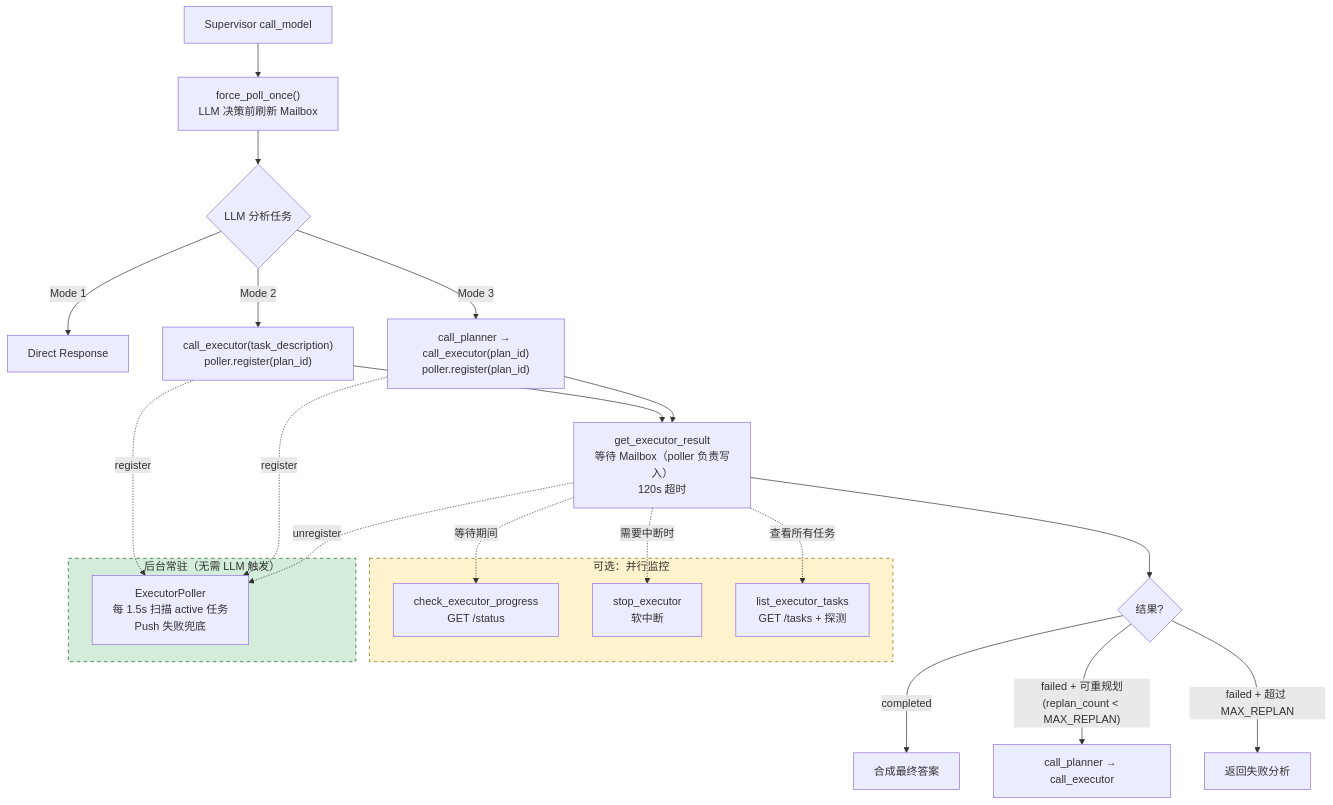
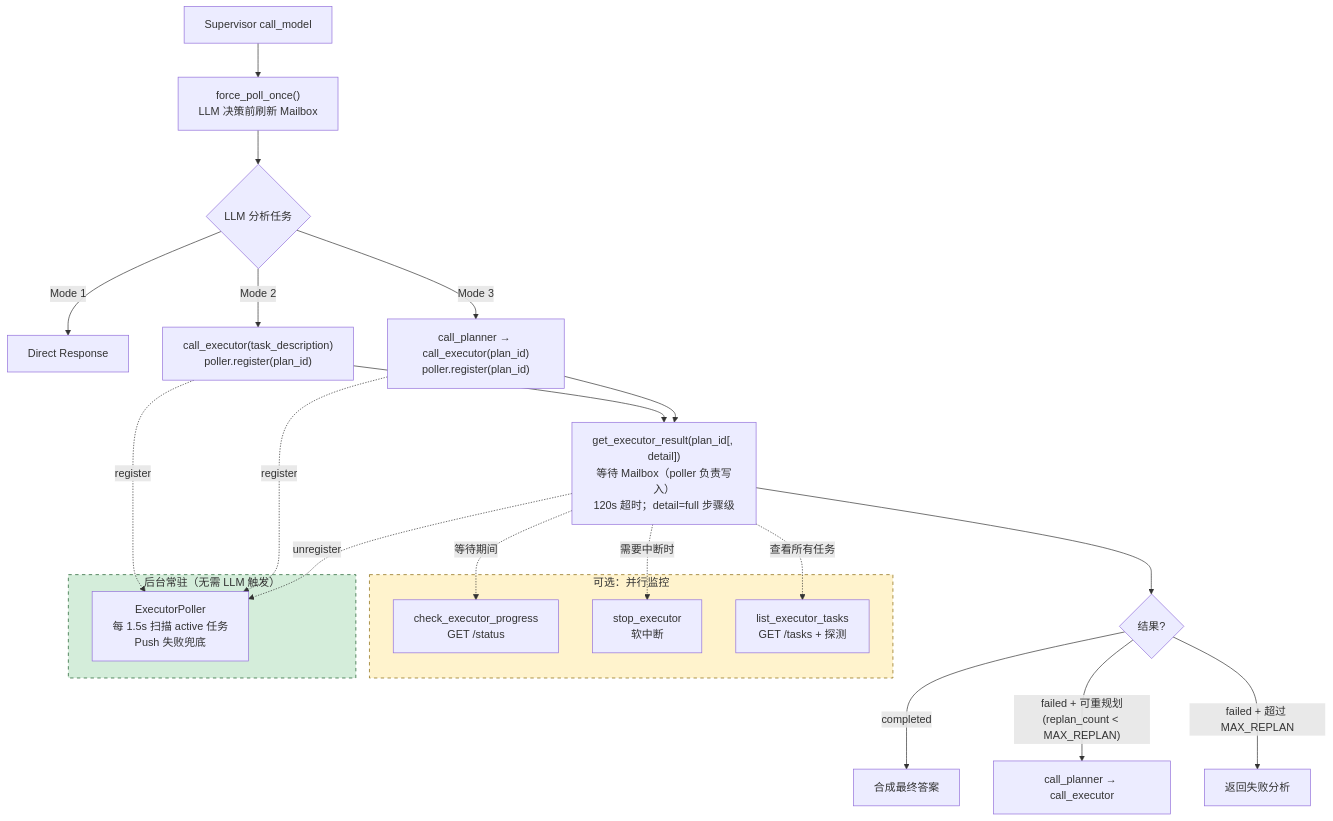
Before and after one commit to Tlaven/agent-triad: the seventh of 8 diagrams in docs/v3-architecture-diagrams.md, drawn with Mermaid. The commit also changed other lines of this file and 8 other files, not shown here.

````diff
--- a/docs/v3-architecture-diagrams.md
+++ b/docs/v3-architecture-diagrams.md
@@ -324,37 +324,37 @@
 ```mermaid
 flowchart TD
     A[Supervisor call_model] --> A0["force_poll_once()<br/>LLM 决策前刷新 Mailbox"]
     A0 --> B{LLM 分析任务}
     B -->|Mode 1| C[Direct Response]
     B -->|Mode 2| D["call_executor(task_description)<br/>poller.register(plan_id)"]
     B -->|Mode 3| E["call_planner → call_executor(plan_id)<br/>poller.register(plan_id)"]
 
-    D --> F["get_executor_result<br/>等待 Mailbox（poller 负责写入）<br/>120s 超时"]
+    D --> F["get_executor_result(plan_id[, detail])<br/>等待 Mailbox（poller 负责写入）<br/>120s 超时；detail=full 步骤级"]
     E --> F
 
     F --> G{结果?}
     G -->|completed| H[合成最终答案]
     G -->|"failed + 可重规划<br/>(replan_count < MAX_REPLAN)"| I[call_planner → call_executor]
     G -->|"failed + 超过 MAX_REPLAN"| J[返回失败分析]
 
     subgraph Optional["可选：并行监控"]
         K["check_executor_progress<br/>GET /status"]
         L["stop_executor<br/>软中断"]
         M["list_executor_tasks<br/>GET /tasks + 探测"]
     end
 
     F -.->|等待期间| K
     F -.->|需要中断时| L
     F -.->|查看所有任务| M
 
     subgraph Background["后台常驻（无需 LLM 触发）"]
         N["ExecutorPoller<br/>每 1.5s 扫描 active 任务<br/>Push 失败兜底"]
     end
 
     D -.->|register| N
     E -.->|register| N
     F -.->|unregister| N
 
     style Optional fill:#fff3cd,stroke:#856404,stroke-dasharray: 5 5
     style Background fill:#d4edda,stroke:#155724,stroke-dasharray: 5 5
 ```
````
